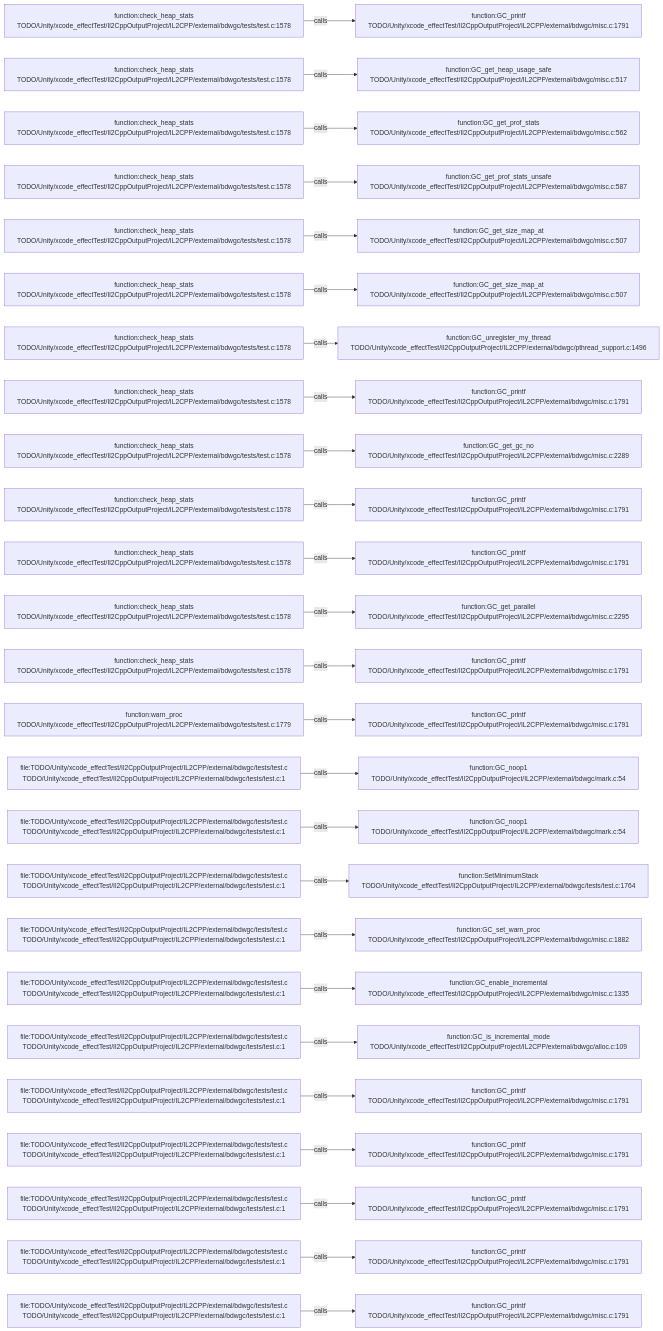
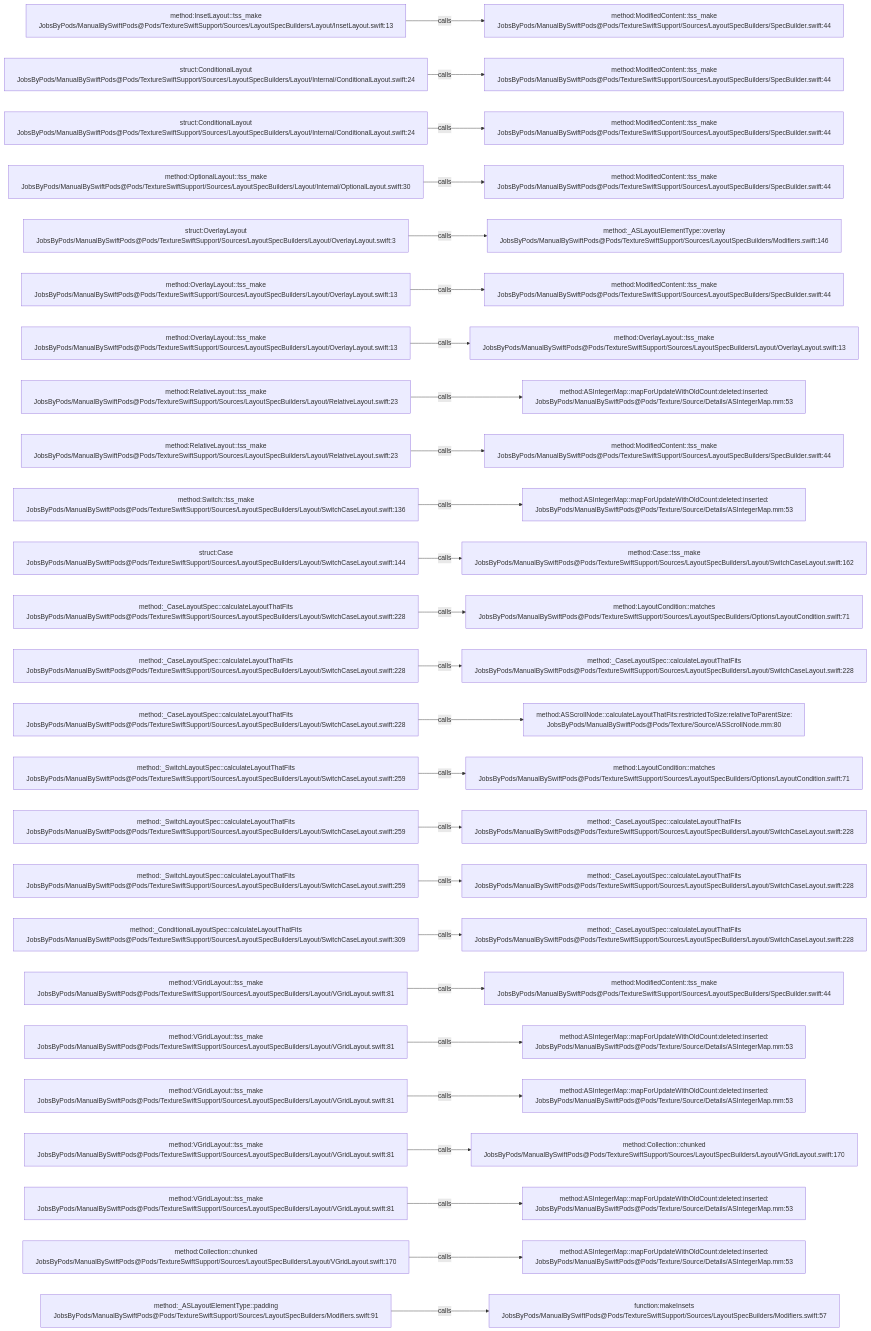
Before and after one commit to JobsKits/JobsSwiftBaseConfigDemo: the diagram in .codegraph/codegraph.md/graphs/calls-176.md, drawn with Mermaid. The commit also changed 2959 other files, not shown here.

````diff
--- a/.codegraph/codegraph.md/graphs/calls-176.md
+++ b/.codegraph/codegraph.md/graphs/calls-176.md
@@ -13,78 +13,78 @@
 ```mermaid
 flowchart LR
-  S1["function:check_heap_stats<br/>TODO/Unity/xcode_effectTest/Il2CppOutputProject/IL2CPP/external/bdwgc/tests/test.c:1578"]
-  T1["function:GC_printf<br/>TODO/Unity/xcode_effectTest/Il2CppOutputProject/IL2CPP/external/bdwgc/misc.c:1791"]
+  S1["method:InsetLayout::tss_make<br/>JobsByPods/ManualBySwiftPods@Pods/TextureSwiftSupport/Sources/LayoutSpecBuilders/Layout/InsetLayout.swift:13"]
+  T1["method:ModifiedContent::tss_make<br/>JobsByPods/ManualBySwiftPods@Pods/TextureSwiftSupport/Sources/LayoutSpecBuilders/SpecBuilder.swift:44"]
   S1 -->|calls| T1
-  S2["function:check_heap_stats<br/>TODO/Unity/xcode_effectTest/Il2CppOutputProject/IL2CPP/external/bdwgc/tests/test.c:1578"]
-  T2["function:GC_get_heap_usage_safe<br/>TODO/Unity/xcode_effectTest/Il2CppOutputProject/IL2CPP/external/bdwgc/misc.c:517"]
+  S2["struct:ConditionalLayout<br/>JobsByPods/ManualBySwiftPods@Pods/TextureSwiftSupport/Sources/LayoutSpecBuilders/Layout/Internal/ConditionalLayout.swift:24"]
+  T2["method:ModifiedContent::tss_make<br/>JobsByPods/ManualBySwiftPods@Pods/TextureSwiftSupport/Sources/LayoutSpecBuilders/SpecBuilder.swift:44"]
   S2 -->|calls| T2
-  S3["function:check_heap_stats<br/>TODO/Unity/xcode_effectTest/Il2CppOutputProject/IL2CPP/external/bdwgc/tests/test.c:1578"]
-  T3["function:GC_get_prof_stats<br/>TODO/Unity/xcode_effectTest/Il2CppOutputProject/IL2CPP/external/bdwgc/misc.c:562"]
+  S3["struct:ConditionalLayout<br/>JobsByPods/ManualBySwiftPods@Pods/TextureSwiftSupport/Sources/LayoutSpecBuilders/Layout/Internal/ConditionalLayout.swift:24"]
+  T3["method:ModifiedContent::tss_make<br/>JobsByPods/ManualBySwiftPods@Pods/TextureSwiftSupport/Sources/LayoutSpecBuilders/SpecBuilder.swift:44"]
   S3 -->|calls| T3
-  S4["function:check_heap_stats<br/>TODO/Unity/xcode_effectTest/Il2CppOutputProject/IL2CPP/external/bdwgc/tests/test.c:1578"]
-  T4["function:GC_get_prof_stats_unsafe<br/>TODO/Unity/xcode_effectTest/Il2CppOutputProject/IL2CPP/external/bdwgc/misc.c:587"]
+  S4["method:OptionalLayout::tss_make<br/>JobsByPods/ManualBySwiftPods@Pods/TextureSwiftSupport/Sources/LayoutSpecBuilders/Layout/Internal/OptionalLayout.swift:30"]
+  T4["method:ModifiedContent::tss_make<br/>JobsByPods/ManualBySwiftPods@Pods/TextureSwiftSupport/Sources/LayoutSpecBuilders/SpecBuilder.swift:44"]
   S4 -->|calls| T4
-  S5["function:check_heap_stats<br/>TODO/Unity/xcode_effectTest/Il2CppOutputProject/IL2CPP/external/bdwgc/tests/test.c:1578"]
-  T5["function:GC_get_size_map_at<br/>TODO/Unity/xcode_effectTest/Il2CppOutputProject/IL2CPP/external/bdwgc/misc.c:507"]
+  S5["struct:OverlayLayout<br/>JobsByPods/ManualBySwiftPods@Pods/TextureSwiftSupport/Sources/LayoutSpecBuilders/Layout/OverlayLayout.swift:3"]
+  T5["method:_ASLayoutElementType::overlay<br/>JobsByPods/ManualBySwiftPods@Pods/TextureSwiftSupport/Sources/LayoutSpecBuilders/Modifiers.swift:146"]
   S5 -->|calls| T5
-  S6["function:check_heap_stats<br/>TODO/Unity/xcode_effectTest/Il2CppOutputProject/IL2CPP/external/bdwgc/tests/test.c:1578"]
-  T6["function:GC_get_size_map_at<br/>TODO/Unity/xcode_effectTest/Il2CppOutputProject/IL2CPP/external/bdwgc/misc.c:507"]
+  S6["method:OverlayLayout::tss_make<br/>JobsByPods/ManualBySwiftPods@Pods/TextureSwiftSupport/Sources/LayoutSpecBuilders/Layout/OverlayLayout.swift:13"]
+  T6["method:ModifiedContent::tss_make<br/>JobsByPods/ManualBySwiftPods@Pods/TextureSwiftSupport/Sources/LayoutSpecBuilders/SpecBuilder.swift:44"]
   S6 -->|calls| T6
-  S7["function:check_heap_stats<br/>TODO/Unity/xcode_effectTest/Il2CppOutputProject/IL2CPP/external/bdwgc/tests/test.c:1578"]
-  T7["function:GC_unregister_my_thread<br/>TODO/Unity/xcode_effectTest/Il2CppOutputProject/IL2CPP/external/bdwgc/pthread_support.c:1496"]
+  S7["method:OverlayLayout::tss_make<br/>JobsByPods/ManualBySwiftPods@Pods/TextureSwiftSupport/Sources/LayoutSpecBuilders/Layout/OverlayLayout.swift:13"]
+  T7["method:OverlayLayout::tss_make<br/>JobsByPods/ManualBySwiftPods@Pods/TextureSwiftSupport/Sources/LayoutSpecBuilders/Layout/OverlayLayout.swift:13"]
   S7 -->|calls| T7
-  S8["function:check_heap_stats<br/>TODO/Unity/xcode_effectTest/Il2CppOutputProject/IL2CPP/external/bdwgc/tests/test.c:1578"]
-  T8["function:GC_printf<br/>TODO/Unity/xcode_effectTest/Il2CppOutputProject/IL2CPP/external/bdwgc/misc.c:1791"]
+  S8["method:RelativeLayout::tss_make<br/>JobsByPods/ManualBySwiftPods@Pods/TextureSwiftSupport/Sources/LayoutSpecBuilders/Layout/RelativeLayout.swift:23"]
+  T8["method:ASIntegerMap::mapForUpdateWithOldCount:deleted:inserted:<br/>JobsByPods/ManualBySwiftPods@Pods/Texture/Source/Details/ASIntegerMap.mm:53"]
   S8 -->|calls| T8
-  S9["function:check_heap_stats<br/>TODO/Unity/xcode_effectTest/Il2CppOutputProject/IL2CPP/external/bdwgc/tests/test.c:1578"]
-  T9["function:GC_get_gc_no<br/>TODO/Unity/xcode_effectTest/Il2CppOutputProject/IL2CPP/external/bdwgc/misc.c:2289"]
+  S9["method:RelativeLayout::tss_make<br/>JobsByPods/ManualBySwiftPods@Pods/TextureSwiftSupport/Sources/LayoutSpecBuilders/Layout/RelativeLayout.swift:23"]
+  T9["method:ModifiedContent::tss_make<br/>JobsByPods/ManualBySwiftPods@Pods/TextureSwiftSupport/Sources/LayoutSpecBuilders/SpecBuilder.swift:44"]
   S9 -->|calls| T9
-  S10["function:check_heap_stats<br/>TODO/Unity/xcode_effectTest/Il2CppOutputProject/IL2CPP/external/bdwgc/tests/test.c:1578"]
-  T10["function:GC_printf<br/>TODO/Unity/xcode_effectTest/Il2CppOutputProject/IL2CPP/external/bdwgc/misc.c:1791"]
+  S10["method:Switch::tss_make<br/>JobsByPods/ManualBySwiftPods@Pods/TextureSwiftSupport/Sources/LayoutSpecBuilders/Layout/SwitchCaseLayout.swift:136"]
+  T10["method:ASIntegerMap::mapForUpdateWithOldCount:deleted:inserted:<br/>JobsByPods/ManualBySwiftPods@Pods/Texture/Source/Details/ASIntegerMap.mm:53"]
   S10 -->|calls| T10
-  S11["function:check_heap_stats<br/>TODO/Unity/xcode_effectTest/Il2CppOutputProject/IL2CPP/external/bdwgc/tests/test.c:1578"]
-  T11["function:GC_printf<br/>TODO/Unity/xcode_effectTest/Il2CppOutputProject/IL2CPP/external/bdwgc/misc.c:1791"]
+  S11["struct:Case<br/>JobsByPods/ManualBySwiftPods@Pods/TextureSwiftSupport/Sources/LayoutSpecBuilders/Layout/SwitchCaseLayout.swift:144"]
+  T11["method:Case::tss_make<br/>JobsByPods/ManualBySwiftPods@Pods/TextureSwiftSupport/Sources/LayoutSpecBuilders/Layout/SwitchCaseLayout.swift:162"]
   S11 -->|calls| T11
-  S12["function:check_heap_stats<br/>TODO/Unity/xcode_effectTest/Il2CppOutputProject/IL2CPP/external/bdwgc/tests/test.c:1578"]
-  T12["function:GC_get_parallel<br/>TODO/Unity/xcode_effectTest/Il2CppOutputProject/IL2CPP/external/bdwgc/misc.c:2295"]
+  S12["method:_CaseLayoutSpec::calculateLayoutThatFits<br/>JobsByPods/ManualBySwiftPods@Pods/TextureSwiftSupport/Sources/LayoutSpecBuilders/Layout/SwitchCaseLayout.swift:228"]
+  T12["method:LayoutCondition::matches<br/>JobsByPods/ManualBySwiftPods@Pods/TextureSwiftSupport/Sources/LayoutSpecBuilders/Options/LayoutCondition.swift:71"]
   S12 -->|calls| T12
-  S13["function:check_heap_stats<br/>TODO/Unity/xcode_effectTest/Il2CppOutputProject/IL2CPP/external/bdwgc/tests/test.c:1578"]
-  T13["function:GC_printf<br/>TODO/Unity/xcode_effectTest/Il2CppOutputProject/IL2CPP/external/bdwgc/misc.c:1791"]
+  S13["method:_CaseLayoutSpec::calculateLayoutThatFits<br/>JobsByPods/ManualBySwiftPods@Pods/TextureSwiftSupport/Sources/LayoutSpecBuilders/Layout/SwitchCaseLayout.swift:228"]
+  T13["method:_CaseLayoutSpec::calculateLayoutThatFits<br/>JobsByPods/ManualBySwiftPods@Pods/TextureSwiftSupport/Sources/LayoutSpecBuilders/Layout/SwitchCaseLayout.swift:228"]
   S13 -->|calls| T13
-  S14["function:warn_proc<br/>TODO/Unity/xcode_effectTest/Il2CppOutputProject/IL2CPP/external/bdwgc/tests/test.c:1779"]
-  T14["function:GC_printf<br/>TODO/Unity/xcode_effectTest/Il2CppOutputProject/IL2CPP/external/bdwgc/misc.c:1791"]
+  S14["method:_CaseLayoutSpec::calculateLayoutThatFits<br/>JobsByPods/ManualBySwiftPods@Pods/TextureSwiftSupport/Sources/LayoutSpecBuilders/Layout/SwitchCaseLayout.swift:228"]
+  T14["method:ASScrollNode::calculateLayoutThatFits:restrictedToSize:relativeToParentSize:<br/>JobsByPods/ManualBySwiftPods@Pods/Texture/Source/ASScrollNode.mm:80"]
   S14 -->|calls| T14
-  S15["file:TODO/Unity/xcode_effectTest/Il2CppOutputProject/IL2CPP/external/bdwgc/tests/test.c<br/>TODO/Unity/xcode_effectTest/Il2CppOutputProject/IL2CPP/external/bdwgc/tests/test.c:1"]
-  T15["function:GC_noop1<br/>TODO/Unity/xcode_effectTest/Il2CppOutputProject/IL2CPP/external/bdwgc/mark.c:54"]
+  S15["method:_SwitchLayoutSpec::calculateLayoutThatFits<br/>JobsByPods/ManualBySwiftPods@Pods/TextureSwiftSupport/Sources/LayoutSpecBuilders/Layout/SwitchCaseLayout.swift:259"]
+  T15["method:LayoutCondition::matches<br/>JobsByPods/ManualBySwiftPods@Pods/TextureSwiftSupport/Sources/LayoutSpecBuilders/Options/LayoutCondition.swift:71"]
   S15 -->|calls| T15
-  S16["file:TODO/Unity/xcode_effectTest/Il2CppOutputProject/IL2CPP/external/bdwgc/tests/test.c<br/>TODO/Unity/xcode_effectTest/Il2CppOutputProject/IL2CPP/external/bdwgc/tests/test.c:1"]
-  T16["function:GC_noop1<br/>TODO/Unity/xcode_effectTest/Il2CppOutputProject/IL2CPP/external/bdwgc/mark.c:54"]
+  S16["method:_SwitchLayoutSpec::calculateLayoutThatFits<br/>JobsByPods/ManualBySwiftPods@Pods/TextureSwiftSupport/Sources/LayoutSpecBuilders/Layout/SwitchCaseLayout.swift:259"]
+  T16["method:_CaseLayoutSpec::calculateLayoutThatFits<br/>JobsByPods/ManualBySwiftPods@Pods/TextureSwiftSupport/Sources/LayoutSpecBuilders/Layout/SwitchCaseLayout.swift:228"]
   S16 -->|calls| T16
-  S17["file:TODO/Unity/xcode_effectTest/Il2CppOutputProject/IL2CPP/external/bdwgc/tests/test.c<br/>TODO/Unity/xcode_effectTest/Il2CppOutputProject/IL2CPP/external/bdwgc/tests/test.c:1"]
-  T17["function:SetMinimumStack<br/>TODO/Unity/xcode_effectTest/Il2CppOutputProject/IL2CPP/external/bdwgc/tests/test.c:1764"]
+  S17["method:_SwitchLayoutSpec::calculateLayoutThatFits<br/>JobsByPods/ManualBySwiftPods@Pods/TextureSwiftSupport/Sources/LayoutSpecBuilders/Layout/SwitchCaseLayout.swift:259"]
+  T17["method:_CaseLayoutSpec::calculateLayoutThatFits<br/>JobsByPods/ManualBySwiftPods@Pods/TextureSwiftSupport/Sources/LayoutSpecBuilders/Layout/SwitchCaseLayout.swift:228"]
   S17 -->|calls| T17
-  S18["file:TODO/Unity/xcode_effectTest/Il2CppOutputProject/IL2CPP/external/bdwgc/tests/test.c<br/>TODO/Unity/xcode_effectTest/Il2CppOutputProject/IL2CPP/external/bdwgc/tests/test.c:1"]
-  T18["function:GC_set_warn_proc<br/>TODO/Unity/xcode_effectTest/Il2CppOutputProject/IL2CPP/external/bdwgc/misc.c:1882"]
+  S18["method:_ConditionalLayoutSpec::calculateLayoutThatFits<br/>JobsByPods/ManualBySwiftPods@Pods/TextureSwiftSupport/Sources/LayoutSpecBuilders/Layout/SwitchCaseLayout.swift:309"]
+  T18["method:_CaseLayoutSpec::calculateLayoutThatFits<br/>JobsByPods/ManualBySwiftPods@Pods/TextureSwiftSupport/Sources/LayoutSpecBuilders/Layout/SwitchCaseLayout.swift:228"]
   S18 -->|calls| T18
-  S19["file:TODO/Unity/xcode_effectTest/Il2CppOutputProject/IL2CPP/external/bdwgc/tests/test.c<br/>TODO/Unity/xcode_effectTest/Il2CppOutputProject/IL2CPP/external/bdwgc/tests/test.c:1"]
-  T19["function:GC_enable_incremental<br/>TODO/Unity/xcode_effectTest/Il2CppOutputProject/IL2CPP/external/bdwgc/misc.c:1335"]
+  S19["method:VGridLayout::tss_make<br/>JobsByPods/ManualBySwiftPods@Pods/TextureSwiftSupport/Sources/LayoutSpecBuilders/Layout/VGridLayout.swift:81"]
+  T19["method:ModifiedContent::tss_make<br/>JobsByPods/ManualBySwiftPods@Pods/TextureSwiftSupport/Sources/LayoutSpecBuilders/SpecBuilder.swift:44"]
   S19 -->|calls| T19
-  S20["file:TODO/Unity/xcode_effectTest/Il2CppOutputProject/IL2CPP/external/bdwgc/tests/test.c<br/>TODO/Unity/xcode_effectTest/Il2CppOutputProject/IL2CPP/external/bdwgc/tests/test.c:1"]
-  T20["function:GC_is_incremental_mode<br/>TODO/Unity/xcode_effectTest/Il2CppOutputProject/IL2CPP/external/bdwgc/alloc.c:109"]
+  S20["method:VGridLayout::tss_make<br/>JobsByPods/ManualBySwiftPods@Pods/TextureSwiftSupport/Sources/LayoutSpecBuilders/Layout/VGridLayout.swift:81"]
+  T20["method:ASIntegerMap::mapForUpdateWithOldCount:deleted:inserted:<br/>JobsByPods/ManualBySwiftPods@Pods/Texture/Source/Details/ASIntegerMap.mm:53"]
   S20 -->|calls| T20
-  S21["file:TODO/Unity/xcode_effectTest/Il2CppOutputProject/IL2CPP/external/bdwgc/tests/test.c<br/>TODO/Unity/xcode_effectTest/Il2CppOutputProject/IL2CPP/external/bdwgc/tests/test.c:1"]
-  T21["function:GC_printf<br/>TODO/Unity/xcode_effectTest/Il2CppOutputProject/IL2CPP/external/bdwgc/misc.c:1791"]
+  S21["method:VGridLayout::tss_make<br/>JobsByPods/ManualBySwiftPods@Pods/TextureSwiftSupport/Sources/LayoutSpecBuilders/Layout/VGridLayout.swift:81"]
+  T21["method:ASIntegerMap::mapForUpdateWithOldCount:deleted:inserted:<br/>JobsByPods/ManualBySwiftPods@Pods/Texture/Source/Details/ASIntegerMap.mm:53"]
   S21 -->|calls| T21
-  S22["file:TODO/Unity/xcode_effectTest/Il2CppOutputProject/IL2CPP/external/bdwgc/tests/test.c<br/>TODO/Unity/xcode_effectTest/Il2CppOutputProject/IL2CPP/external/bdwgc/tests/test.c:1"]
-  T22["function:GC_printf<br/>TODO/Unity/xcode_effectTest/Il2CppOutputProject/IL2CPP/external/bdwgc/misc.c:1791"]
+  S22["method:VGridLayout::tss_make<br/>JobsByPods/ManualBySwiftPods@Pods/TextureSwiftSupport/Sources/LayoutSpecBuilders/Layout/VGridLayout.swift:81"]
+  T22["method:Collection::chunked<br/>JobsByPods/ManualBySwiftPods@Pods/TextureSwiftSupport/Sources/LayoutSpecBuilders/Layout/VGridLayout.swift:170"]
   S22 -->|calls| T22
-  S23["file:TODO/Unity/xcode_effectTest/Il2CppOutputProject/IL2CPP/external/bdwgc/tests/test.c<br/>TODO/Unity/xcode_effectTest/Il2CppOutputProject/IL2CPP/external/bdwgc/tests/test.c:1"]
-  T23["function:GC_printf<br/>TODO/Unity/xcode_effectTest/Il2CppOutputProject/IL2CPP/external/bdwgc/misc.c:1791"]
+  S23["method:VGridLayout::tss_make<br/>JobsByPods/ManualBySwiftPods@Pods/TextureSwiftSupport/Sources/LayoutSpecBuilders/Layout/VGridLayout.swift:81"]
+  T23["method:ASIntegerMap::mapForUpdateWithOldCount:deleted:inserted:<br/>JobsByPods/ManualBySwiftPods@Pods/Texture/Source/Details/ASIntegerMap.mm:53"]
   S23 -->|calls| T23
-  S24["file:TODO/Unity/xcode_effectTest/Il2CppOutputProject/IL2CPP/external/bdwgc/tests/test.c<br/>TODO/Unity/xcode_effectTest/Il2CppOutputProject/IL2CPP/external/bdwgc/tests/test.c:1"]
-  T24["function:GC_printf<br/>TODO/Unity/xcode_effectTest/Il2CppOutputProject/IL2CPP/external/bdwgc/misc.c:1791"]
+  S24["method:Collection::chunked<br/>JobsByPods/ManualBySwiftPods@Pods/TextureSwiftSupport/Sources/LayoutSpecBuilders/Layout/VGridLayout.swift:170"]
+  T24["method:ASIntegerMap::mapForUpdateWithOldCount:deleted:inserted:<br/>JobsByPods/ManualBySwiftPods@Pods/Texture/Source/Details/ASIntegerMap.mm:53"]
   S24 -->|calls| T24
-  S25["file:TODO/Unity/xcode_effectTest/Il2CppOutputProject/IL2CPP/external/bdwgc/tests/test.c<br/>TODO/Unity/xcode_effectTest/Il2CppOutputProject/IL2CPP/external/bdwgc/tests/test.c:1"]
-  T25["function:GC_printf<br/>TODO/Unity/xcode_effectTest/Il2CppOutputProject/IL2CPP/external/bdwgc/misc.c:1791"]
+  S25["method:_ASLayoutElementType::padding<br/>JobsByPods/ManualBySwiftPods@Pods/TextureSwiftSupport/Sources/LayoutSpecBuilders/Modifiers.swift:91"]
+  T25["function:makeInsets<br/>JobsByPods/ManualBySwiftPods@Pods/TextureSwiftSupport/Sources/LayoutSpecBuilders/Modifiers.swift:57"]
   S25 -->|calls| T25
 ```
````
